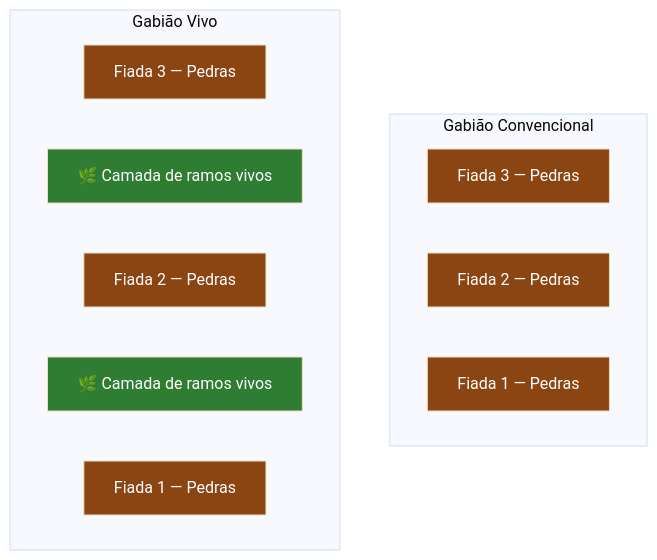
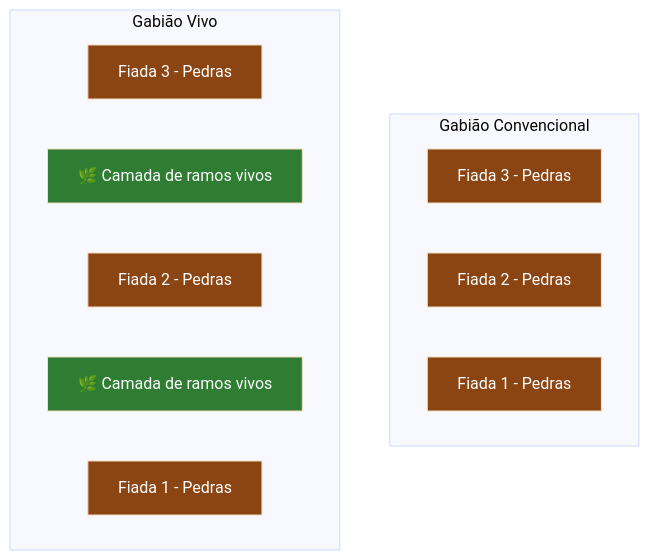
The second of 6 diagrams in aulas/bioengenharia_de_solos/aulas/aula15_gabiao_vivo/aula15_gabiao_vivo.qmd (ldvsantos/cv), drawn with Mermaid (base theme) before and after one commit. The commit also changed other lines of this file and 396 other files, not shown here.

````diff
--- a/aulas/bioengenharia_de_solos/aulas/aula15_gabiao_vivo/aula15_gabiao_vivo.qmd
+++ b/aulas/bioengenharia_de_solos/aulas/aula15_gabiao_vivo/aula15_gabiao_vivo.qmd
@@ -200,24 +200,24 @@
 ```{mermaid}
 %%| fig-width: 5
 graph TD
     subgraph Convencional["Gabião Convencional"]
-        A1["Fiada 3 — Pedras"]
-        A2["Fiada 2 — Pedras"]
-        A3["Fiada 1 — Pedras"]
+        A1["Fiada 3 - Pedras"]
+        A2["Fiada 2 - Pedras"]
+        A3["Fiada 1 - Pedras"]
     end
     subgraph Vivo["Gabião Vivo"]
-        B1["Fiada 3 — Pedras"]
+        B1["Fiada 3 - Pedras"]
         B2["🌿 Camada de ramos vivos"]
-        B3["Fiada 2 — Pedras"]
+        B3["Fiada 2 - Pedras"]
         B4["🌿 Camada de ramos vivos"]
-        B5["Fiada 1 — Pedras"]
+        B5["Fiada 1 - Pedras"]
     end
     style A1 fill:#8B4513,color:#fff
     style A2 fill:#8B4513,color:#fff
     style A3 fill:#8B4513,color:#fff
     style B1 fill:#8B4513,color:#fff
     style B2 fill:#2E7D32,color:#fff
     style B3 fill:#8B4513,color:#fff
     style B4 fill:#2E7D32,color:#fff
     style B5 fill:#8B4513,color:#fff
 ```
````
